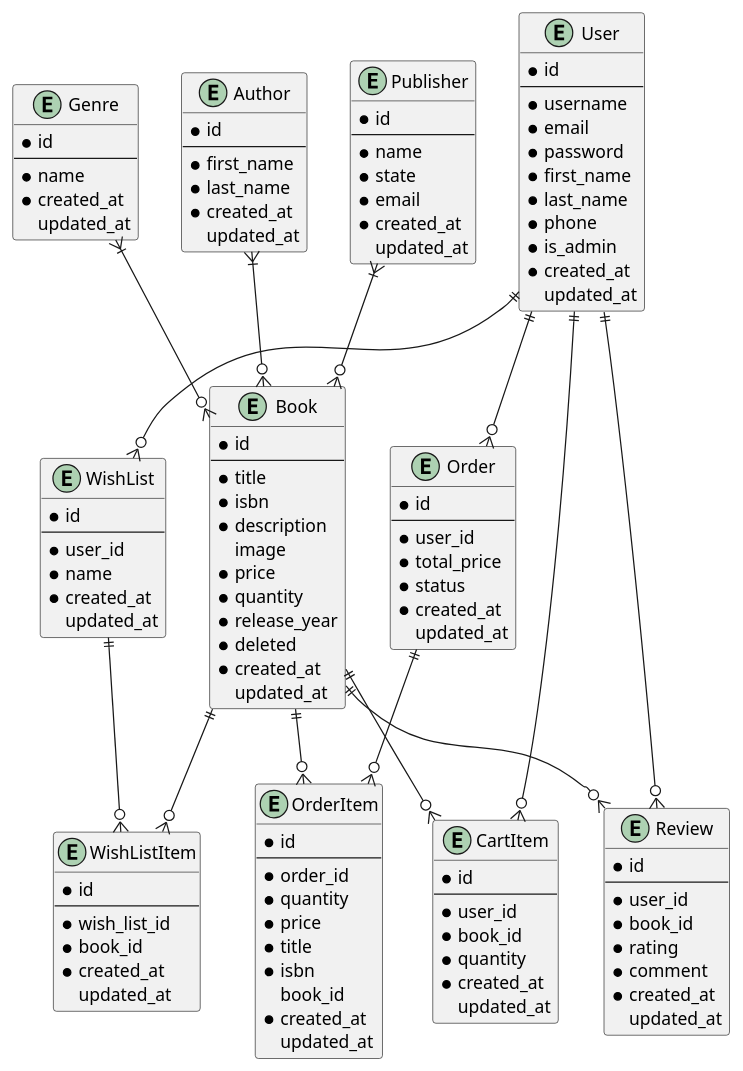
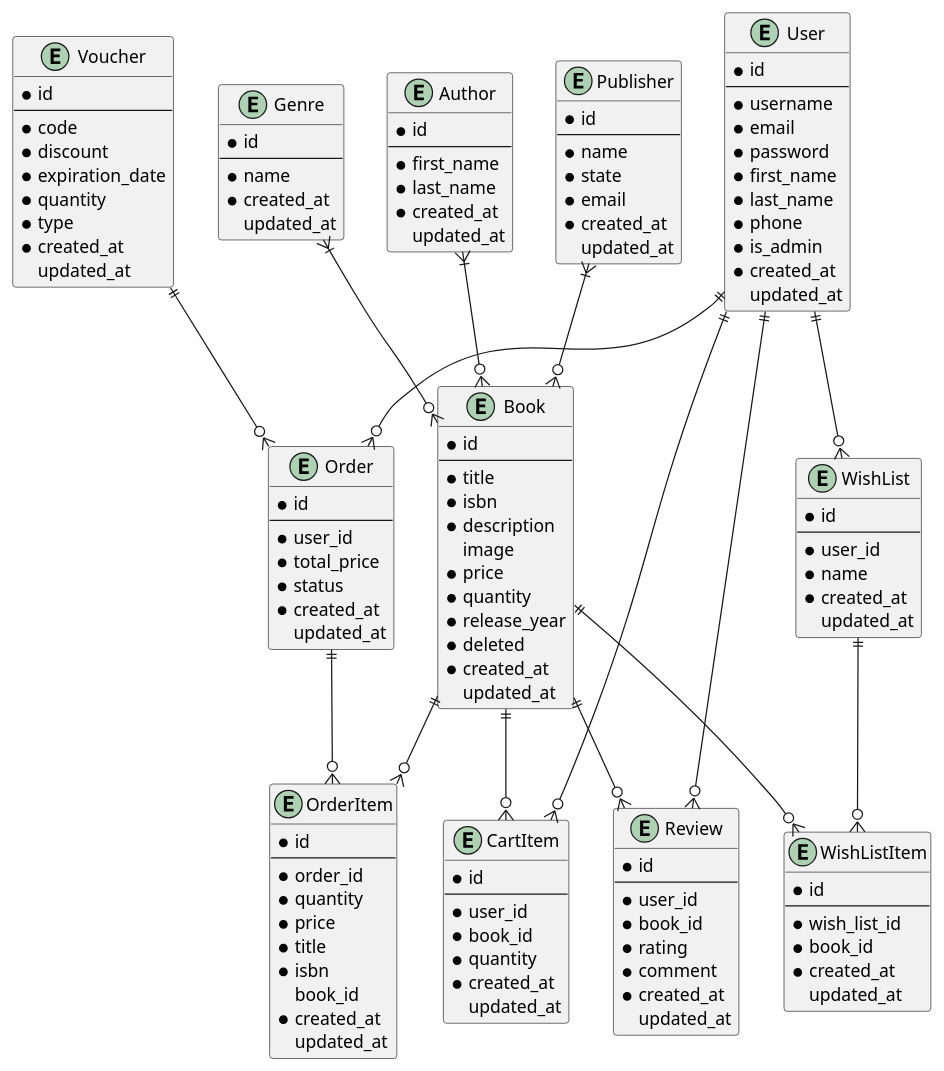
Before and after one commit to kacvinsky-tom/BookHub: the diagram in Resources/Diagrams/ERD.puml, drawn with PlantUML. The commit also changed 20 other files, not shown here.

Commit message:
#15 Added Voucher Entity

```diff
--- a/Resources/Diagrams/ERD.puml
+++ b/Resources/Diagrams/ERD.puml
@@ -1,133 +1,146 @@
 @startuml
 entity User {
     *id
     --
     *username
     *email
     *password
     *first_name
     *last_name
     *phone
     *is_admin
     *created_at
     updated_at
 }
 
 entity Book {
     *id
     --
     *title
     *isbn
     *description
     image
     *price
     *quantity
     *release_year
     *deleted
     *created_at
     updated_at
 }
 
 entity Genre {
     *id
     --
     *name
     *created_at
     updated_at
 }
 
 entity Author {
     *id
     --
     *first_name
     *last_name
     *created_at
     updated_at
 }
 
 entity Publisher {
     *id
     --
     *name
     *state
     *email
     *created_at
     updated_at
 }
 
 entity Order {
     *id
     --
     *user_id
     *total_price
     *status
     *created_at
     updated_at
 }
 
 entity OrderItem {
     *id
     --
     *order_id
     *quantity
     *price
     *title
     *isbn
     book_id
     *created_at
     updated_at
 }
 
 entity CartItem {
     *id
     --
     *user_id
     *book_id
     *quantity
     *created_at
     updated_at
 }
 
 entity Review {
     *id
     --
     *user_id
     *book_id
     *rating
     *comment
     *created_at
     updated_at
 }
 
 entity WishList {
     *id
     --
     *user_id
     *name
     *created_at
     updated_at
 }
 
 entity WishListItem {
     *id
     --
     *wish_list_id
     *book_id
     *created_at
     updated_at
 }
 
+entity Voucher {
+    *id
+    --
+    *code
+    *discount
+    *expiration_date
+    *quantity
+    *type
+    *created_at
+    updated_at
+}
+
+Voucher ||--o{ Order
 User ||--o{ Order
 Order ||--o{ OrderItem
 User ||--o{ CartItem
 Book ||--o{ CartItem
 User ||--o{ Review
 Book ||--o{ Review
 User ||--o{ WishList
 WishList ||--o{ WishListItem
 Book ||--o{ WishListItem
 Book ||--o{ OrderItem
 Author }|--o{ Book
 Publisher }|--o{ Book
 Genre }|--o{ Book
 @enduml
```
